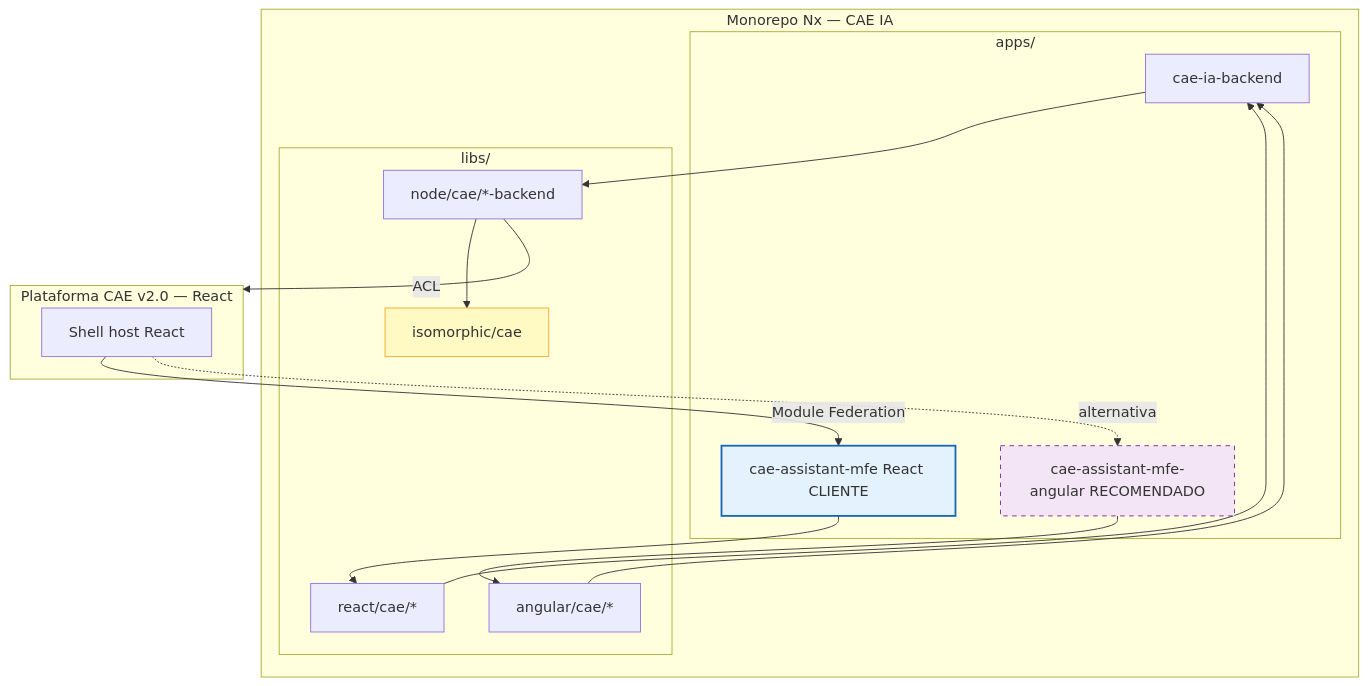
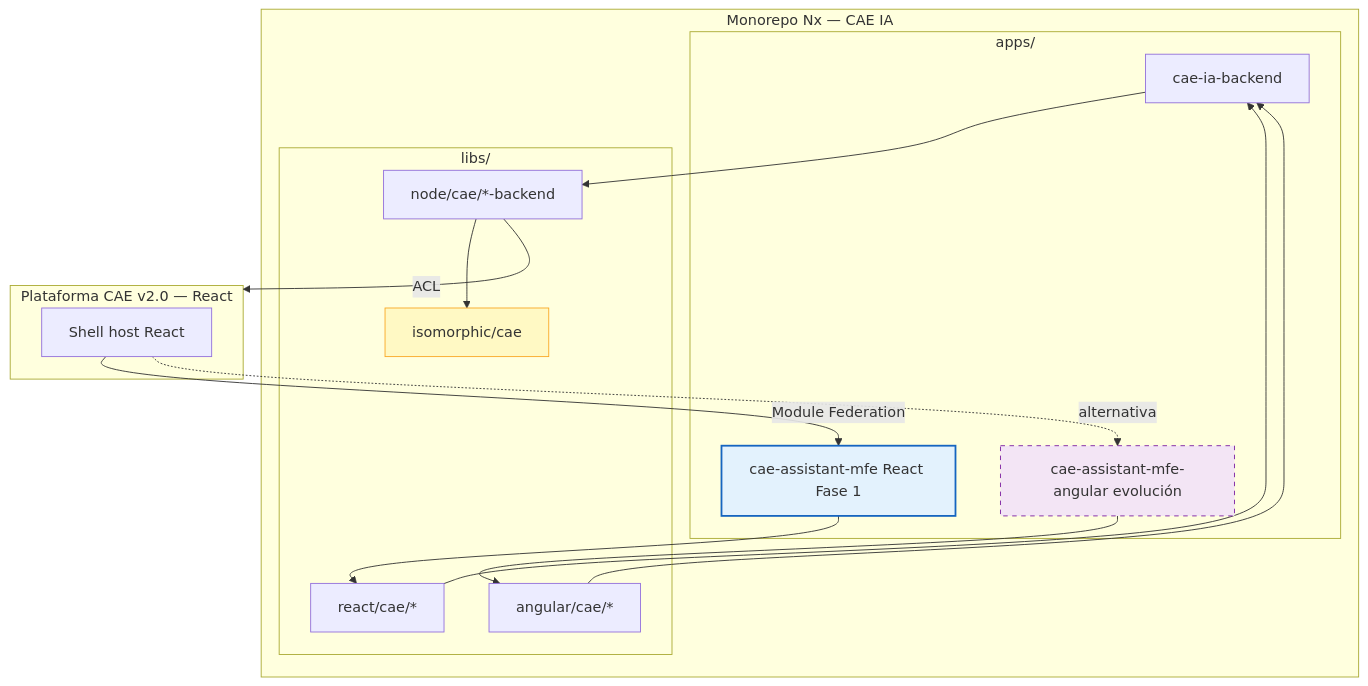
The first of 9 diagrams in caedocs/ARQUITECTURA-CAE-IA.md (angelnietos/erp), drawn with Mermaid before and after one commit. The commit also changed other lines of this file and 9 other files, not shown here.

````diff
--- a/caedocs/ARQUITECTURA-CAE-IA.md
+++ b/caedocs/ARQUITECTURA-CAE-IA.md
@@ -60,33 +60,33 @@
 ```mermaid
 flowchart TB
     subgraph WORKSPACE["Monorepo Nx — CAE IA"]
         subgraph APPS["apps/"]
             A2["cae-ia-backend"]
-            A3["cae-assistant-mfe React CLIENTE"]
-            A4["cae-assistant-mfe-angular RECOMENDADO"]
+            A3["cae-assistant-mfe React Fase 1"]
+            A4["cae-assistant-mfe-angular evolución"]
         end
         subgraph LIBS["libs/"]
             ISO["isomorphic/cae"]
             NODE["node/cae/*-backend"]
             REACT["react/cae/*"]
             ANG["angular/cae/*"]
         end
     end
 
     subgraph CAE20["Plataforma CAE v2.0 — React"]
         SHELL["Shell host React"]
     end
 
     A2 --> NODE
     A3 --> REACT
     A4 --> ANG
     NODE --> ISO
     REACT & ANG --> A2
     SHELL -->|Module Federation| A3
     SHELL -.->|alternativa| A4
     NODE -->|ACL| CAE20
 
     style A3 fill:#e3f2fd,stroke:#1565c0,stroke-width:2px
     style A4 fill:#f3e5f5,stroke:#7b1fa2,stroke-dasharray:5 5
     style ISO fill:#fff9c4,stroke:#f9a825
 ```
````
